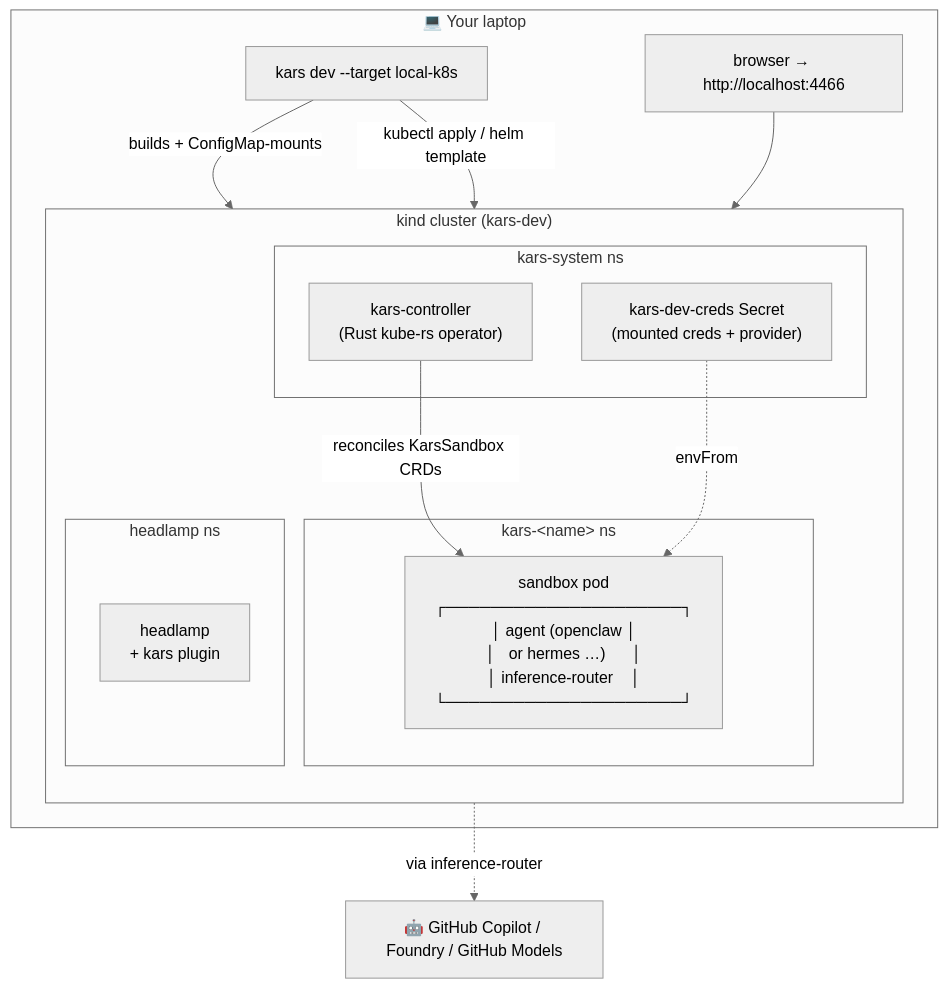
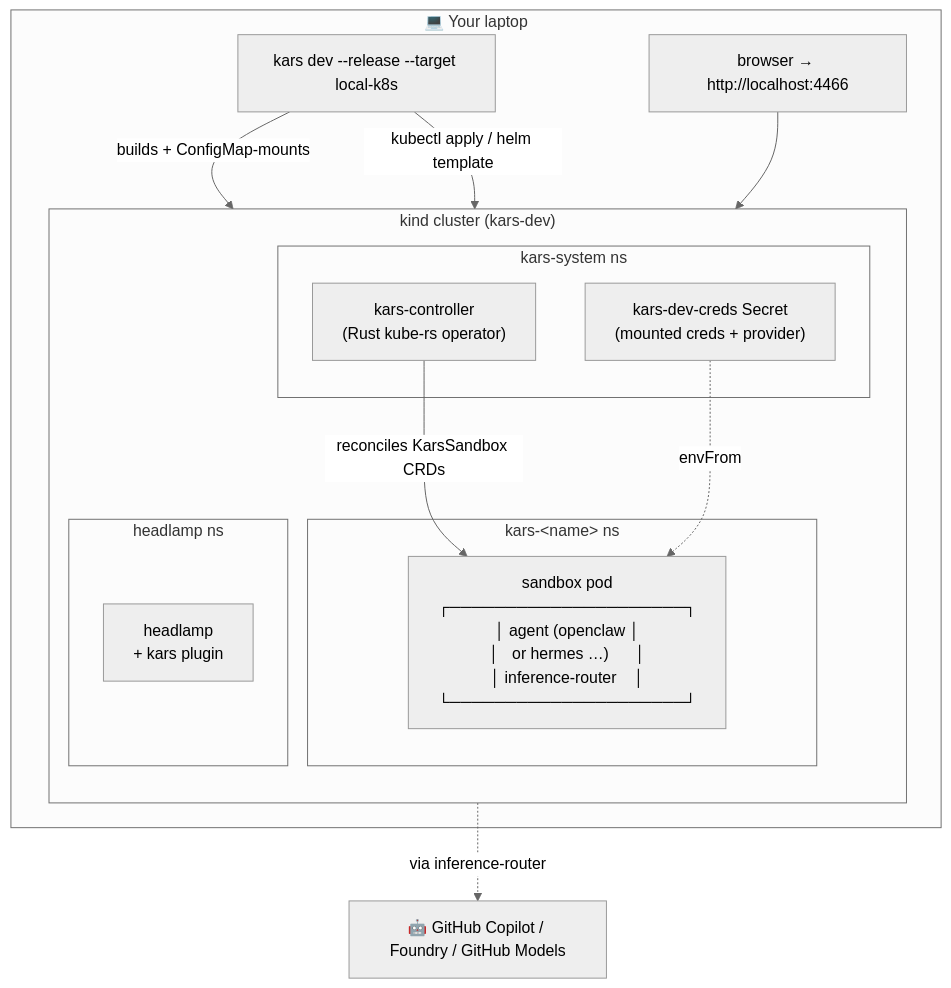
The first of 2 diagrams in docs/blueprints/02-local-k8s-dev-loop.md (lachie83/kars), drawn with Mermaid (neutral theme) before and after one commit. The commit also changed other lines of this file and 175 other files, not shown here.

````diff
--- a/docs/blueprints/02-local-k8s-dev-loop.md
+++ b/docs/blueprints/02-local-k8s-dev-loop.md
@@ -15,27 +17,27 @@
 ```mermaid
 flowchart TB
   subgraph Laptop["💻 Your laptop"]
-    CLI["kars dev --target local-k8s"]
+    CLI["kars dev --release --target local-k8s"]
     Browser["browser → http://localhost:4466"]
     subgraph Kind["kind cluster (kars-dev)"]
       direction TB
       subgraph SystemNs["kars-system ns"]
         Controller["kars-controller<br/>(Rust kube-rs operator)"]
         DevSecret["kars-dev-creds Secret<br/>(mounted creds + provider)"]
       end
       subgraph SandboxNs["kars-&lt;name&gt; ns"]
         Pod["sandbox pod<br/>┌─────────────────────┐<br/>│ agent (openclaw │<br/>│   or hermes …)      │<br/>│ inference-router    │<br/>└─────────────────────┘"]
       end
       subgraph HeadlampNs["headlamp ns"]
         Headlamp["headlamp<br/>+ kars plugin"]
       end
       Controller -->|reconciles KarsSandbox CRDs| Pod
       DevSecret -.->|envFrom| Pod
     end
     CLI -->|kubectl apply / helm template| Kind
     CLI -->|builds + ConfigMap-mounts| Headlamp
     Browser --> Headlamp
   end
   Copilot["🤖 GitHub Copilot / Foundry / GitHub Models"]
   Pod -.->|via inference-router| Copilot
 ```
````
